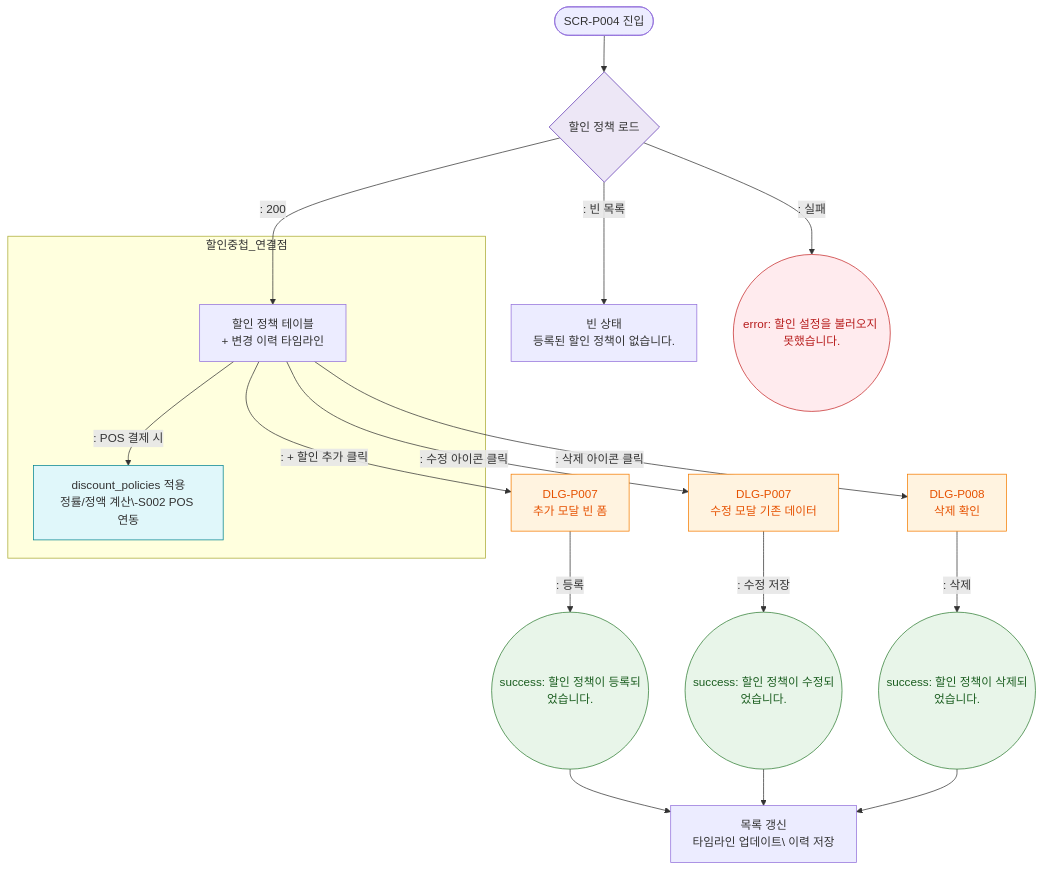
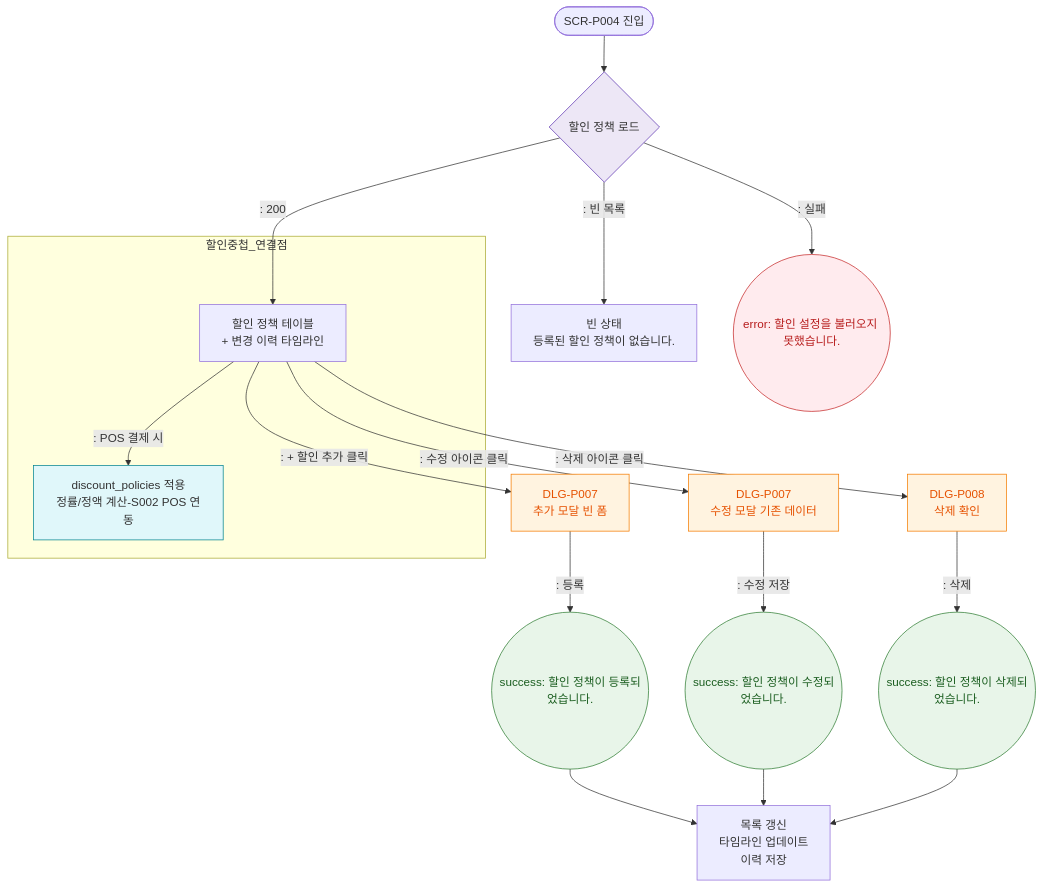
Before and after one commit to dev-spogym/admin-pando: the diagram in docs/admin/다이어그램/D05_상품관리/SCR-P004_할인설정/F2_메인인터랙션.md, drawn with Mermaid. The commit also changed 369 other files, not shown here.

````diff
--- a/docs/admin/다이어그램/D05_상품관리/SCR-P004_할인설정/F2_메인인터랙션.md
+++ b/docs/admin/다이어그램/D05_상품관리/SCR-P004_할인설정/F2_메인인터랙션.md
@@ -17,33 +17,33 @@
 ```mermaid
 flowchart TD
     START([SCR-P004 진입]) --> Load{할인 정책 로드}
     Load -->|": 200"|ListView[할인 정책 테이블\n+ 변경 이력 타임라인]
     Load -->|": 빈 목록"|EmptyState[빈 상태\n등록된 할인 정책이 없습니다.]
     Load -->|": 실패"|ErrLoad((error: 할인 설정을 불러오지 못했습니다.))
 
     ListView -->|": + 할인 추가 클릭"|DLG_P007_NEW[DLG-P007\n추가 모달 빈 폼]
     ListView -->|": 수정 아이콘 클릭"|DLG_P007_EDIT[DLG-P007\n수정 모달 기존 데이터]
     ListView -->|": 삭제 아이콘 클릭"|DLG_P008[DLG-P008\n삭제 확인]
 
     DLG_P007_NEW -->|": 등록"|ToastReg((success: 할인 정책이 등록되었습니다.))
     DLG_P007_EDIT -->|": 수정 저장"|ToastMod((success: 할인 정책이 수정되었습니다.))
     DLG_P008 -->|": 삭제"|ToastDel((success: 할인 정책이 삭제되었습니다.))
 
-    ToastReg & ToastMod & ToastDel --> Refresh[목록 갱신\n타임라인 업데이트\ 이력 저장]
+    ToastReg & ToastMod & ToastDel --> Refresh[목록 갱신\n타임라인 업데이트<br/> 이력 저장]
 
     subgraph 할인중첩_연결점
-        ListView -->|": POS 결제 시"|DiscApply[discount_policies 적용\n정률/정액 계산\-S002 POS 연동]
+        ListView -->|": POS 결제 시"|DiscApply[discount_policies 적용\n정률/정액 계산-S002 POS 연동]
     end
 
     classDef screen fill:#E3F2FD,stroke:#1976D2,color:#0D47A1
     classDef modal fill:#FFF3E0,stroke:#F57C00,color:#E65100
     classDef success fill:#E8F5E9,stroke:#2E7D32,color:#1B5E20
     classDef error fill:#FFEBEE,stroke:#C62828,color:#B71C1C
     classDef system fill:#EDE7F6,stroke:#5E35B2
     classDef info fill:#E0F7FA,stroke:#00838F
     class DLG_P007_NEW,DLG_P007_EDIT,DLG_P008 modal
     class ToastReg,ToastMod,ToastDel success
     class ErrLoad error
     class Load system
     class DiscApply info
 ```
````
